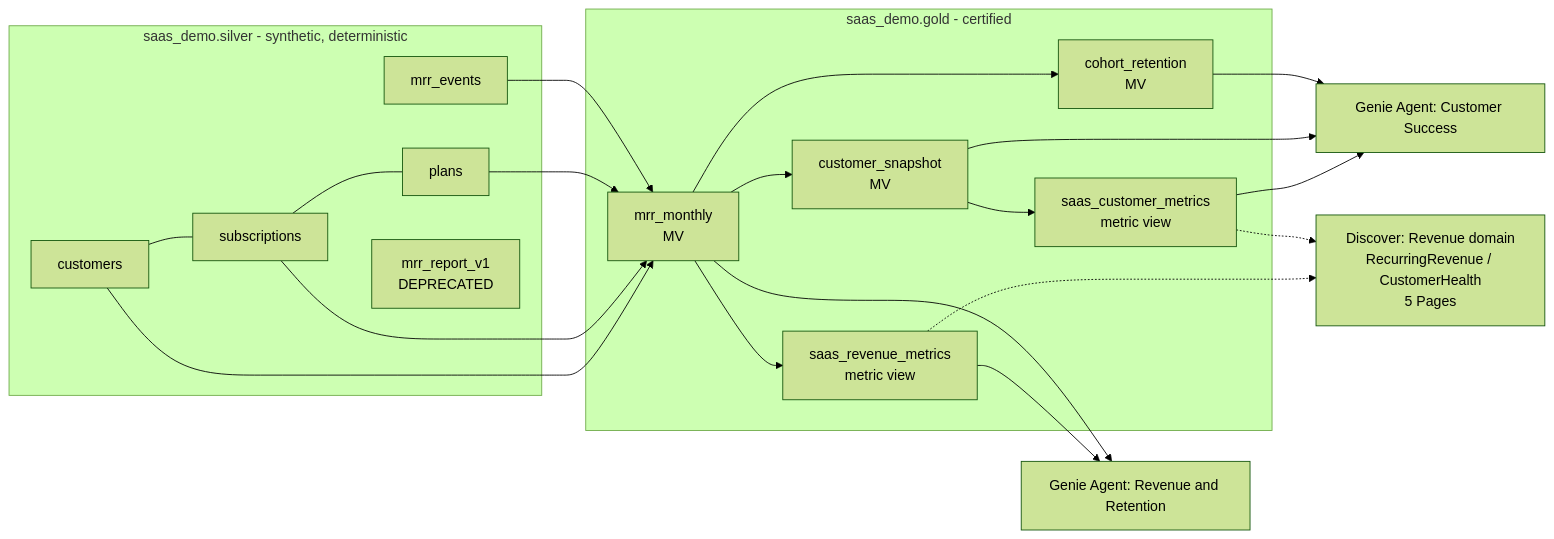
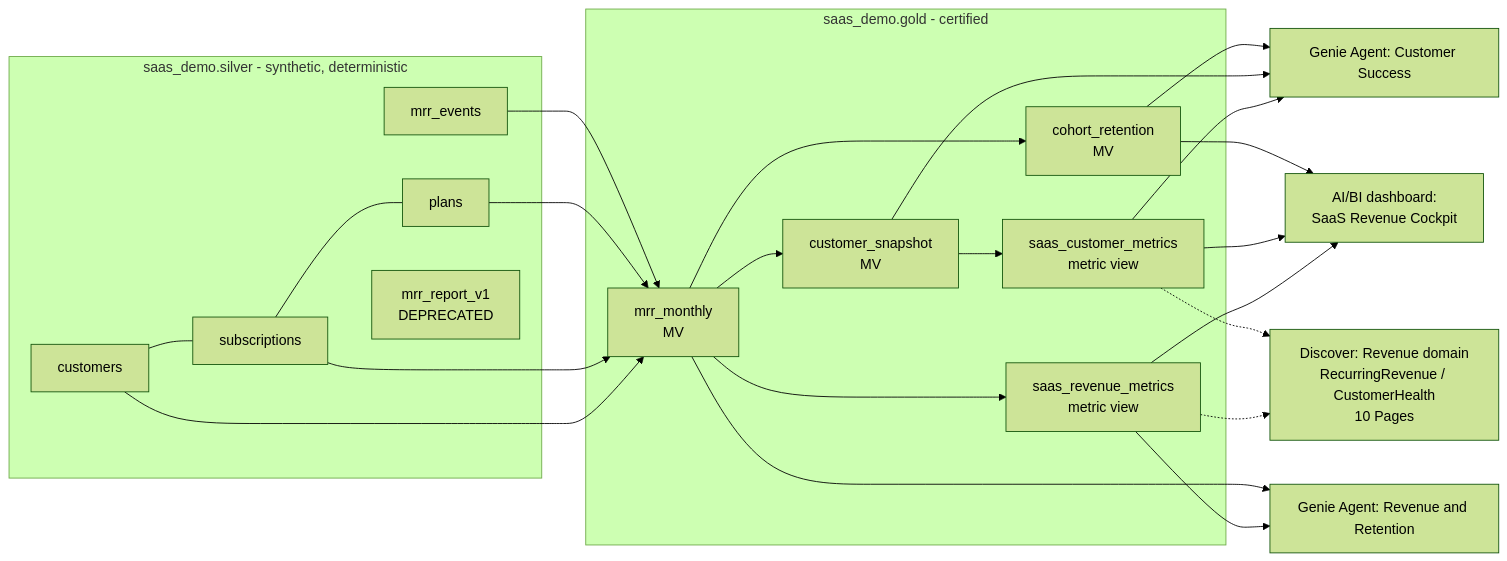
One commit to jose-alberto-salazar-jimenez/databricks_demos changed the diagram in analytics__metric_views_genie__saas_business_metrics/README.md. Above: the diagram before and after it, drawn with Mermaid (forest theme). The commit also changed other lines of this file and 3 other files, not shown here.

````diff
--- a/analytics__metric_views_genie__saas_business_metrics/README.md
+++ b/analytics__metric_views_genie__saas_business_metrics/README.md
@@ -24,19 +24,20 @@
 ```mermaid
 flowchart LR
   subgraph silver[saas_demo.silver - synthetic, deterministic]
     C[customers] --- S[subscriptions] --- P[plans]
     E[mrr_events]
     L[mrr_report_v1<br/>DEPRECATED]
   end
   subgraph gold[saas_demo.gold - certified]
     M[mrr_monthly<br/>MV] --> CS[customer_snapshot<br/>MV]
     M --> CR[cohort_retention<br/>MV]
     M --> RV[saas_revenue_metrics<br/>metric view]
     CS --> CV[saas_customer_metrics<br/>metric view]
   end
   C & S & P & E --> M
   RV --> G1[Genie Agent: Revenue and Retention]
   M --> G1
   CV & CS & CR --> G2[Genie Agent: Customer Success]
-  RV & CV -.-> D[Discover: Revenue domain<br/>RecurringRevenue / CustomerHealth<br/>5 Pages]
+  RV & CV & CR --> DB[AI/BI dashboard:<br/>SaaS Revenue Cockpit]
+  RV & CV -.-> D[Discover: Revenue domain<br/>RecurringRevenue / CustomerHealth<br/>10 Pages]
 ```
````
